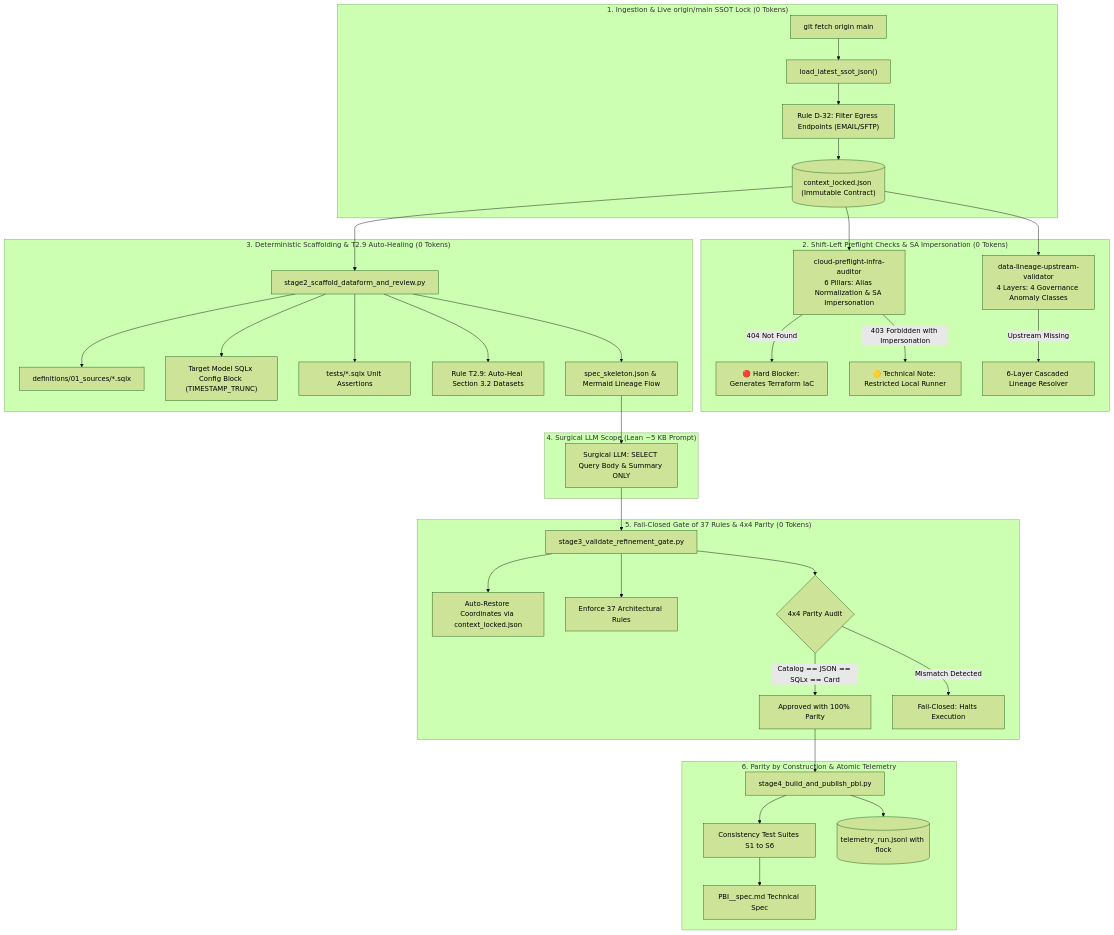
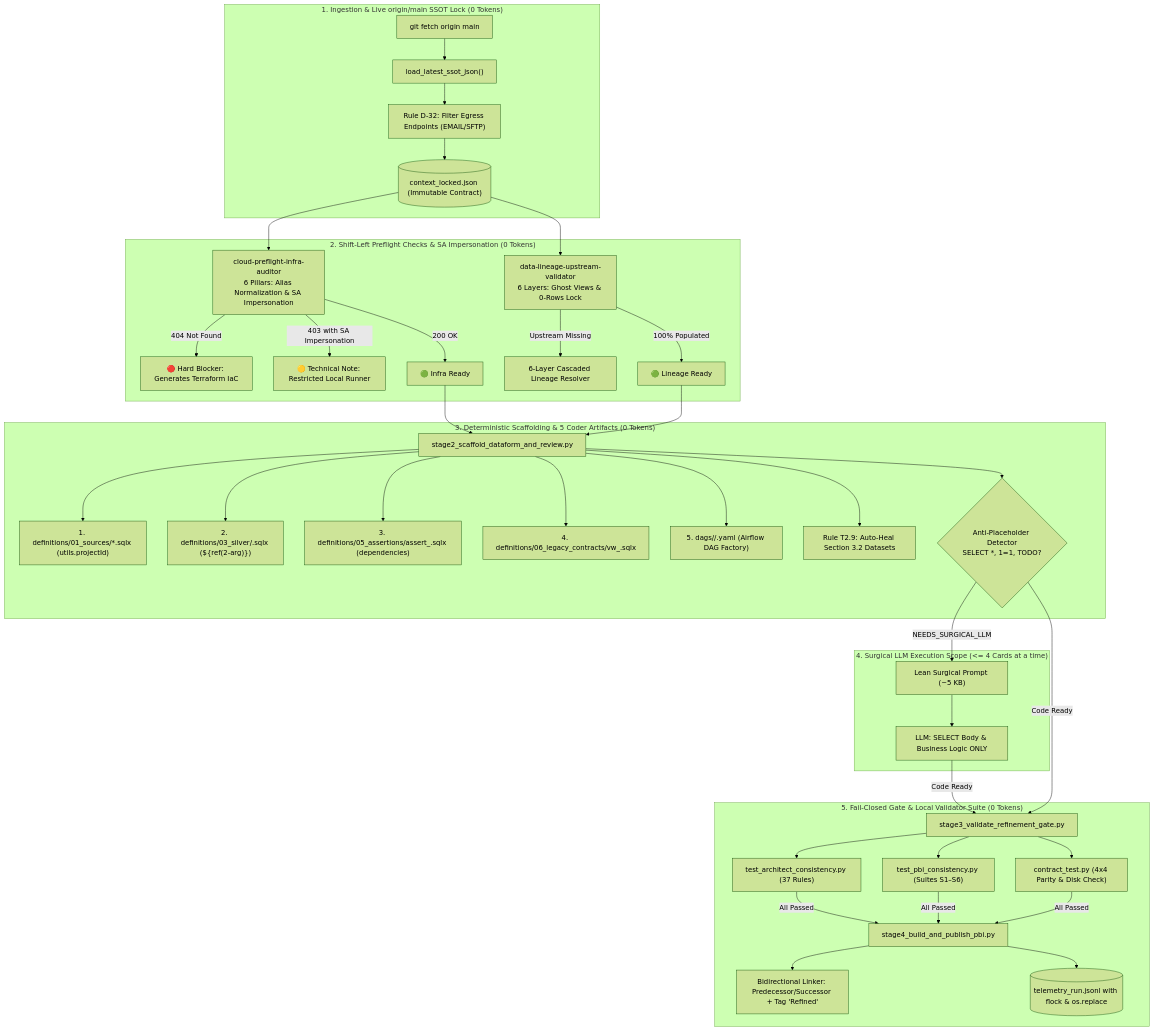
Before and after one commit to mvsimao/agent-skills: the first of 3 diagrams in README.md, drawn with Mermaid (forest theme). The commit also changed other lines of this file and 28 other files, not shown here.

````diff
--- a/README.md
+++ b/README.md
@@ -33,47 +76,45 @@
 ```mermaid
 flowchart TD
     subgraph INGRESS["1. Ingestion & Live origin/main SSOT Lock (0 Tokens)"]
         GIT["git fetch origin main"] --> SSOT["load_latest_ssot_json()"]
         SSOT --> D32["Rule D-32: Filter Egress Endpoints (EMAIL/SFTP)"]
         D32 --> CTX[("context_locked.json (Immutable Contract)")]
     end
 
     subgraph PREFLIGHT["2. Shift-Left Preflight Checks & SA Impersonation (0 Tokens)"]
         CTX --> SKILL1["cloud-preflight-infra-auditor\n6 Pillars: Alias Normalization & SA Impersonation"]
-        CTX --> SKILL2["data-lineage-upstream-validator\n4 Layers: 4 Governance Anomaly Classes"]
+        CTX --> SKILL2["data-lineage-upstream-validator\n6 Layers: Ghost Views & 0-Rows Lock"]
         
         SKILL1 -->|404 Not Found| BLK1["🔴 Hard Blocker: Generates Terraform IaC"]
-        SKILL1 -->|403 Forbidden with Impersonation| WRN1["🟡 Technical Note: Restricted Local Runner"]
+        SKILL1 -->|403 with SA Impersonation| WRN1["🟡 Technical Note: Restricted Local Runner"]
+        SKILL1 -->|200 OK| PASS1["🟢 Infra Ready"]
         SKILL2 -->|Upstream Missing| LIN6["6-Layer Cascaded Lineage Resolver"]
+        SKILL2 -->|100% Populated| PASS2["🟢 Lineage Ready"]
     end
 
-    subgraph SCAFFOLD["3. Deterministic Scaffolding & T2.9 Auto-Healing (0 Tokens)"]
-        CTX --> SCAF["stage2_scaffold_dataform_and_review.py"]
-        SCAF --> SRC["definitions/01_sources/*.sqlx"]
-        SCAF --> CFG["Target Model SQLx Config Block (TIMESTAMP_TRUNC)"]
-        SCAF --> TST["tests/*.sqlx Unit Assertions"]
-        SCAF --> T29["Rule T2.9: Auto-Heal Section 3.2 Datasets"]
-        SCAF --> SKELETON["spec_skeleton.json & Mermaid Lineage Flow"]
+    subgraph SCAFFOLD["3. Deterministic Scaffolding & 5 Coder Artifacts (0 Tokens)"]
+        PASS1 & PASS2 --> SKILL3_STAGE2["stage2_scaffold_dataform_and_review.py"]
+        SKILL3_STAGE2 --> A1["1. definitions/01_sources/*.sqlx (utils.projectId)"]
+        SKILL3_STAGE2 --> A2["2. definitions/03_silver/<table>.sqlx (${ref(2-arg)})"]
+        SKILL3_STAGE2 --> A3["3. definitions/05_assertions/assert_<table>.sqlx (dependencies)"]
+        SKILL3_STAGE2 --> A4["4. definitions/06_legacy_contracts/vw_<table>.sqlx"]
+        SKILL3_STAGE2 --> A5["5. dags/<region>/<dag_id>.yaml (Airflow DAG Factory)"]
+        SKILL3_STAGE2 --> T29["Rule T2.9: Auto-Heal Section 3.2 Datasets"]
+        SKILL3_STAGE2 --> DETECT{"Anti-Placeholder Detector\nSELECT *, 1=1, TODO?"}
     end
 
-    subgraph SURGICAL_LLM["4. Surgical LLM Scope (Lean ~5 KB Prompt)"]
-        SKELETON --> LLM["Surgical LLM: SELECT Query Body & Summary ONLY"]
+    subgraph LLM_SCOPE["4. Surgical LLM Execution Scope (<= 4 Cards at a time)"]
+        DETECT -->|NEEDS_SURGICAL_LLM| PRM["Lean Surgical Prompt (~5 KB)"]
+        PRM --> LLM["LLM: SELECT Body & Business Logic ONLY"]
     end
 
-    subgraph GATE["5. Fail-Closed Gate of 37 Rules & 4x4 Parity (0 Tokens)"]
-        LLM --> GATE_VAL["stage3_validate_refinement_gate.py"]
-        GATE_VAL --> AUTO_RESTORE["Auto-Restore Coordinates via context_locked.json"]
-        GATE_VAL --> R37["Enforce 37 Architectural Rules"]
-        GATE_VAL --> P4X4{"4x4 Parity Audit"}
-        
-        P4X4 -->|Catalog == JSON == SQLx == Card| PASS["Approved with 100% Parity"]
-        P4X4 -->|Mismatch Detected| FAIL["Fail-Closed: Halts Execution"]
-    end
-
-    subgraph PUBLISH["6. Parity by Construction & Atomic Telemetry"]
-        PASS --> PUB["stage4_build_and_publish_pbi.py"]
-        PUB --> S1S6["Consistency Test Suites S1 to S6"]
-        S1S6 --> PBI_MD["PBI_<ID>_spec.md Technical Spec"]
-        PUB --> TLM[("telemetry_run.jsonl with flock")]
+    subgraph GATE["5. Fail-Closed Gate & Local Validator Suite (0 Tokens)"]
+        LLM & DETECT -->|Code Ready| GT["stage3_validate_refinement_gate.py"]
+        GT --> V1["test_architect_consistency.py (37 Rules)"]
+        GT --> V2["test_pbi_consistency.py (Suites S1–S6)"]
+        GT --> V3["contract_test.py (4x4 Parity & Disk Check)"]
+        V1 & V2 & V3 -->|All Passed| PUB["stage4_build_and_publish_pbi.py"]
+        PUB --> ADO["Bidirectional Linker: Predecessor/Successor + Tag 'Refined'"]
+        PUB --> TLM[("telemetry_run.jsonl with flock & os.replace")]
     end
 ```
````
